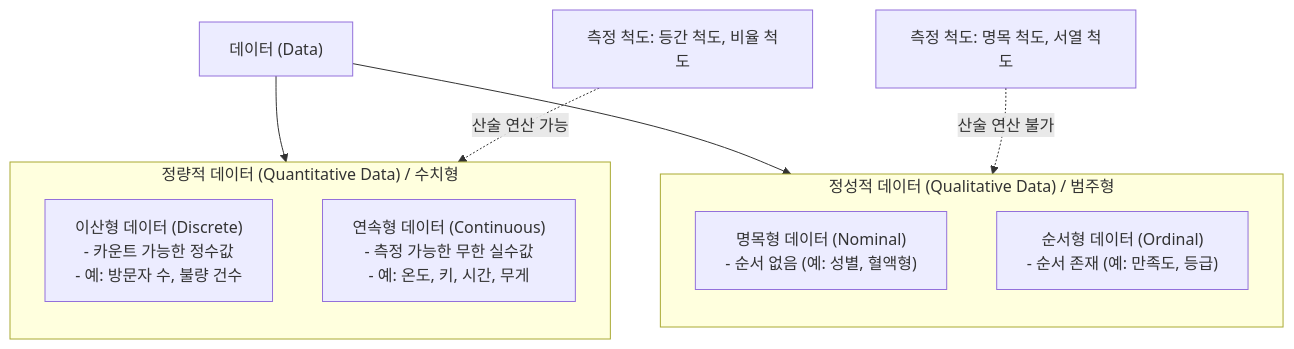
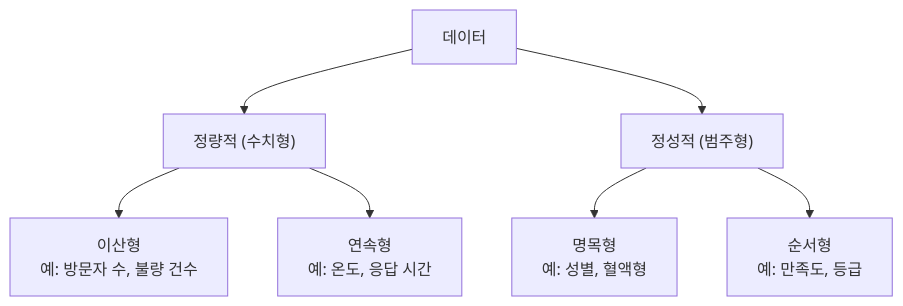
One commit to supremethumb/supremethumb.github.io changed the diagram in content/01_IT Tech/정량적 데이터.md. Above: the diagram before and after it, drawn with Mermaid. The commit also changed other lines of this file and 1087 other files, not shown here.

````diff
--- a/content/01_IT Tech/정량적 데이터.md
+++ b/content/01_IT Tech/정량적 데이터.md
@@ -23,23 +35,9 @@
 ```mermaid
 flowchart TB
-    Data["데이터 (Data)"]
-    
-    subgraph Quantitative["정량적 데이터 (Quantitative Data) / 수치형"]
-        direction TB
-        Discrete["이산형 데이터 (Discrete)<br/>- 카운트 가능한 정수값<br/>- 예: 방문자 수, 불량 건수"]
-        Continuous["연속형 데이터 (Continuous)<br/>- 측정 가능한 무한 실수값<br/>- 예: 온도, 키, 시간, 무게"]
-    end
-    
-    subgraph Qualitative["정성적 데이터 (Qualitative Data) / 범주형"]
-        direction TB
-        Nominal["명목형 데이터 (Nominal)<br/>- 순서 없음 (예: 성별, 혈액형)"]
-        Ordinal["순서형 데이터 (Ordinal)<br/>- 순서 존재 (예: 만족도, 등급)"]
-    end
-
-    Data --> Quantitative
-    Data --> Qualitative
-    
-    Scale_QNT["측정 척도: 등간 척도, 비율 척도"] -. "산술 연산 가능" .-> Quantitative
-    Scale_QLT["측정 척도: 명목 척도, 서열 척도"] -. "산술 연산 불가" .-> Qualitative
-
+    D["데이터"] --> QN["정량적 (수치형)"]
+    D --> QL["정성적 (범주형)"]
+    QN --> DS["이산형<br/>예: 방문자 수, 불량 건수"]
+    QN --> CT["연속형<br/>예: 온도, 응답 시간"]
+    QL --> NM["명목형<br/>예: 성별, 혈액형"]
+    QL --> OD["순서형<br/>예: 만족도, 등급"]
 ```
````
